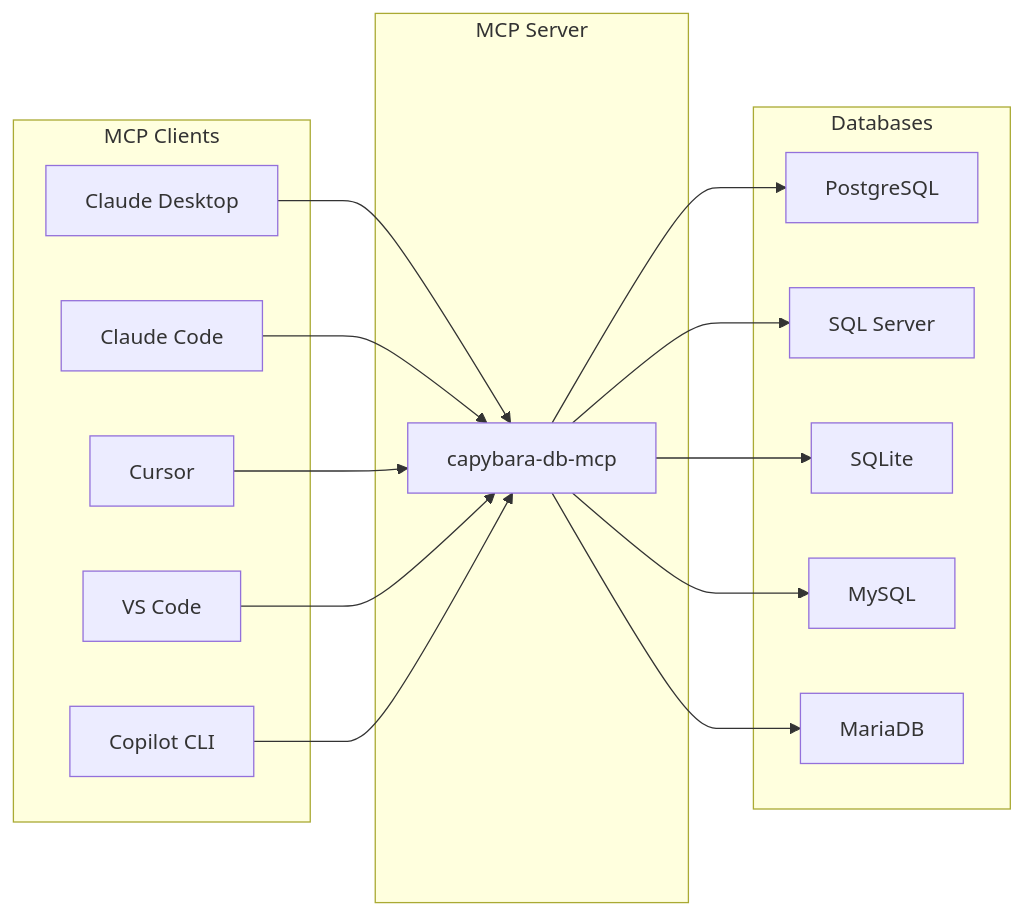
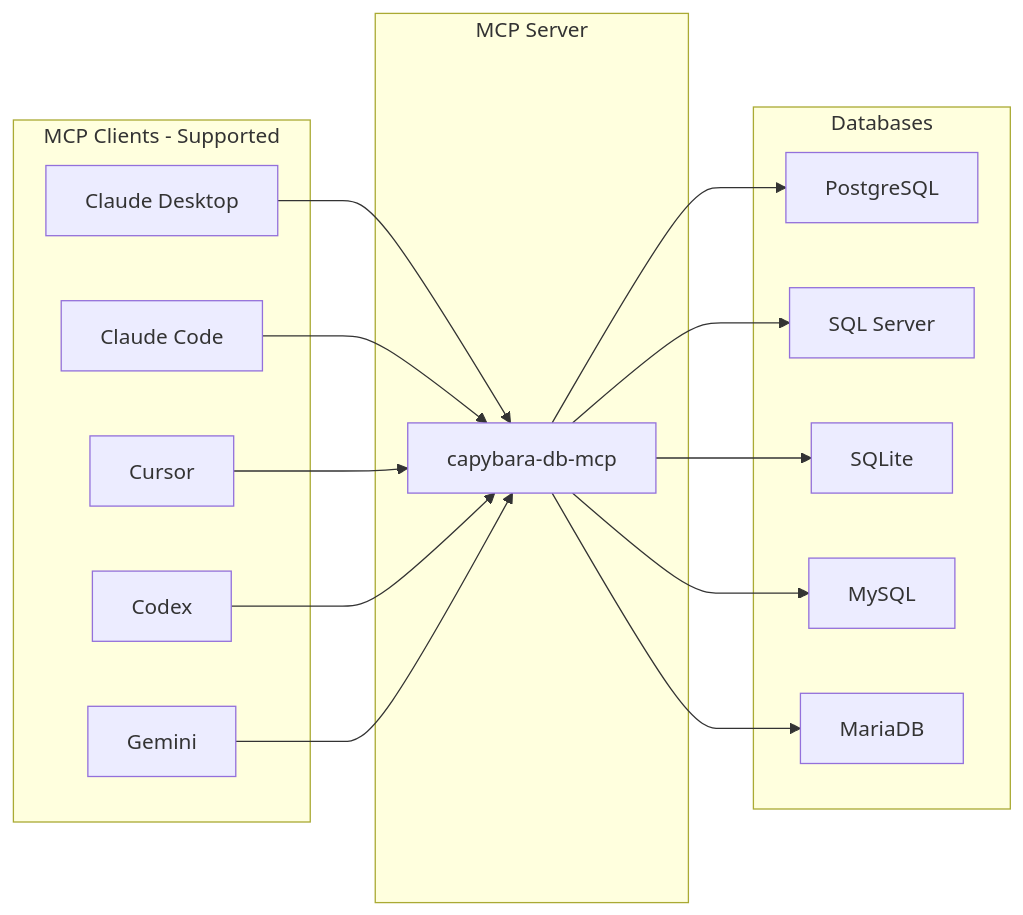
One commit to ajgreyling/safe-sql-mcp changed the first of 2 diagrams in README.md. Above: the diagram before and after it, drawn with Mermaid. The commit also changed other lines of this file and 17 other files, not shown here.

Commit message:
Update documentation and code to clarify supported editors for secure result handling. Enhance output isolation mechanisms to ensure query results are only opened in compatible clients (Cursor, Claude Code, Codex, Gemini). Bump version to 1.1.2.

````diff
--- a/README.md
+++ b/README.md
@@ -35,34 +35,34 @@
 ```mermaid
 flowchart LR
-    subgraph clients["MCP Clients"]
+    subgraph clients["MCP Clients - Supported"]
         A[Claude Desktop]
         B[Claude Code]
         C[Cursor]
-        D[VS Code]
-        E[Copilot CLI]
+        D[Codex]
+        E[Gemini]
     end
 
     subgraph server["MCP Server"]
         M[capybara-db-mcp]
     end
 
     subgraph dbs["Databases"]
         P[PostgreSQL]
         S[SQL Server]
         L[SQLite]
         My[MySQL]
         Ma[MariaDB]
     end
 
     A --> M
     B --> M
     C --> M
     D --> M
     E --> M
 
     M --> P
     M --> S
     M --> L
     M --> My
     M --> Ma
 ```
````
